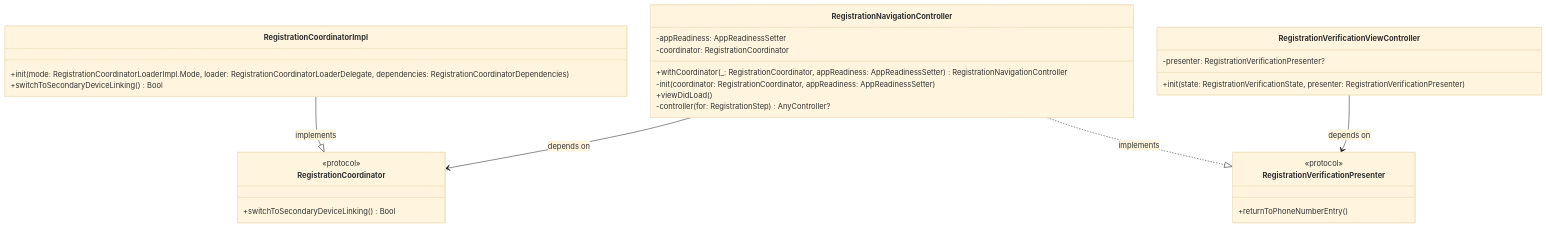
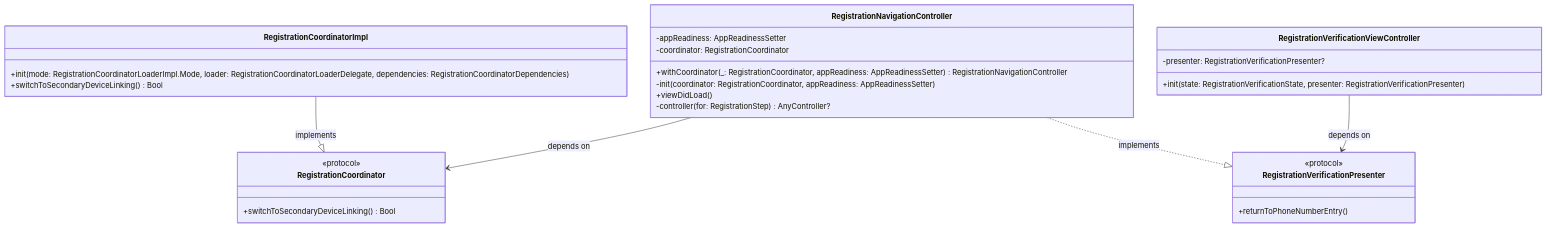
The first of 3 diagrams in OpenSourceCodeAnalysis/Signal.md (Shayokh144/iOSEssentials), drawn with Mermaid before and after one commit. The commit also changed other lines of this file, not shown here.

````diff
--- a/OpenSourceCodeAnalysis/Signal.md
+++ b/OpenSourceCodeAnalysis/Signal.md
@@ -102,37 +96,36 @@
 ```mermaid
-%%{init: {'theme': 'base', 'flowchart': { 'width': 1200, 'height': 2000 } } }%%
 classDiagram
     class RegistrationCoordinatorImpl {
         +init(mode: RegistrationCoordinatorLoaderImpl.Mode, loader: RegistrationCoordinatorLoaderDelegate, dependencies: RegistrationCoordinatorDependencies)
         +switchToSecondaryDeviceLinking() Bool
     }
 
     class RegistrationCoordinator {
         <<protocol>>
         +switchToSecondaryDeviceLinking() Bool
     }
 
     class RegistrationNavigationController {
         -appReadiness: AppReadinessSetter
         -coordinator: RegistrationCoordinator
         +withCoordinator(_: RegistrationCoordinator, appReadiness: AppReadinessSetter) RegistrationNavigationController
         -init(coordinator: RegistrationCoordinator, appReadiness: AppReadinessSetter)
         +viewDidLoad()
         -controller(for: RegistrationStep) AnyController?
     }
 
     class RegistrationVerificationViewController {
         -presenter: RegistrationVerificationPresenter?
         +init(state: RegistrationVerificationState, presenter: RegistrationVerificationPresenter)
     }
 
     class RegistrationVerificationPresenter {
         <<protocol>>
         +returnToPhoneNumberEntry()
     }
 
     RegistrationCoordinatorImpl --|> RegistrationCoordinator : implements
     RegistrationNavigationController --> RegistrationCoordinator : depends on
     RegistrationNavigationController ..|> RegistrationVerificationPresenter : implements
     RegistrationVerificationViewController --> RegistrationVerificationPresenter : depends on
 ```
````
